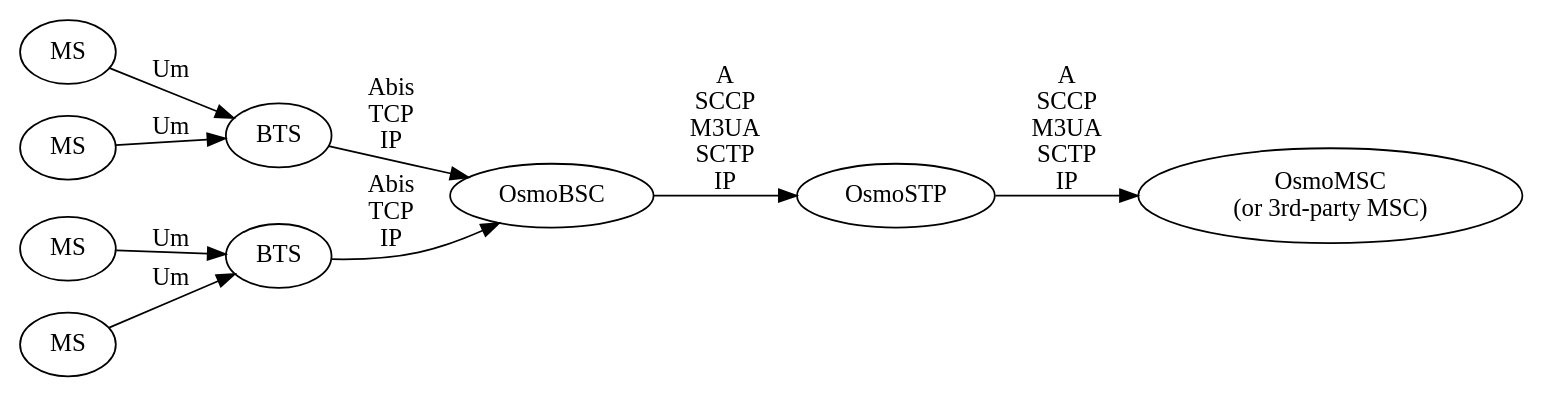
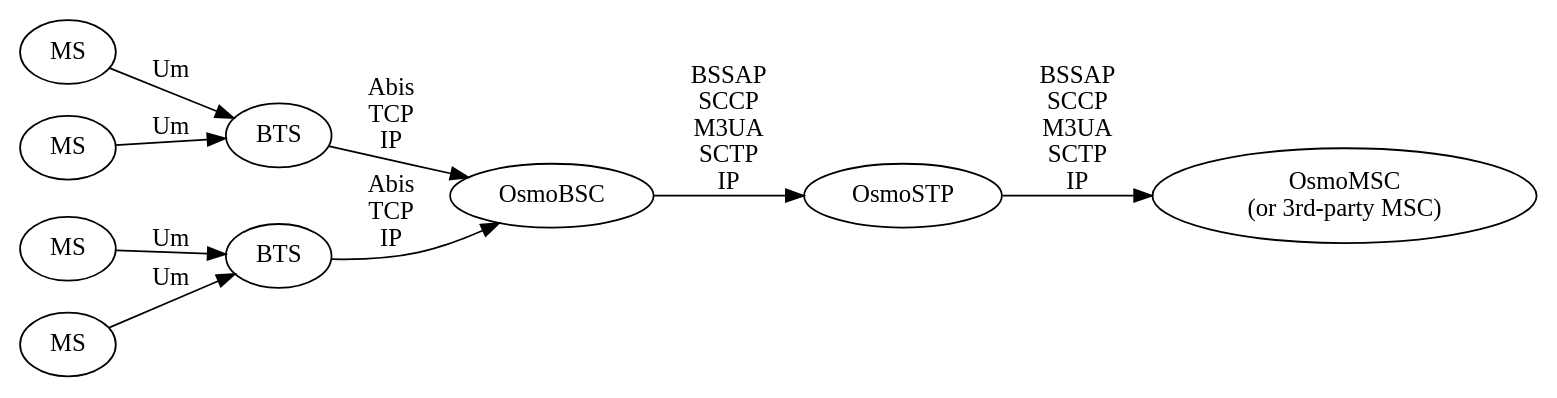
One commit to osmocom/osmo-bsc changed the second of 2 diagrams in doc/manuals/chapters/overview.adoc. Above: the diagram before and after it, drawn with Graphviz. The commit also changed other lines of this file, not shown here.

First line of the commit message:
manual: It's not "A over SCCP" but "BSSAP over SCCP"

```diff
--- a/doc/manuals/chapters/overview.adoc
+++ b/doc/manuals/chapters/overview.adoc
@@ -110,19 +110,19 @@
 [graphviz]
 ----
 digraph G {
         rankdir=LR;
         MS0 [label="MS"];
         MS1 [label="MS"];
         MS2 [label="MS"];
         MS3 [label="MS"];
         BTS0 [label="BTS"];
         BTS1 [label="BTS"];
         BSC [label="OsmoBSC"];
         STP [label="OsmoSTP"];
         MSC [label="OsmoMSC\n(or 3rd-party MSC)"];
         {MS0,MS1}->BTS0 [label="Um"];
         {MS2,MS3}->BTS1 [label="Um"];
         {BTS0,BTS1}->BSC [label="Abis\nTCP\nIP"];
-        BSC->STP->MSC [label="A\nSCCP\nM3UA\nSCTP\nIP"];
+        BSC->STP->MSC [label="BSSAP\nSCCP\nM3UA\nSCTP\nIP"];
 }
 ----
```
